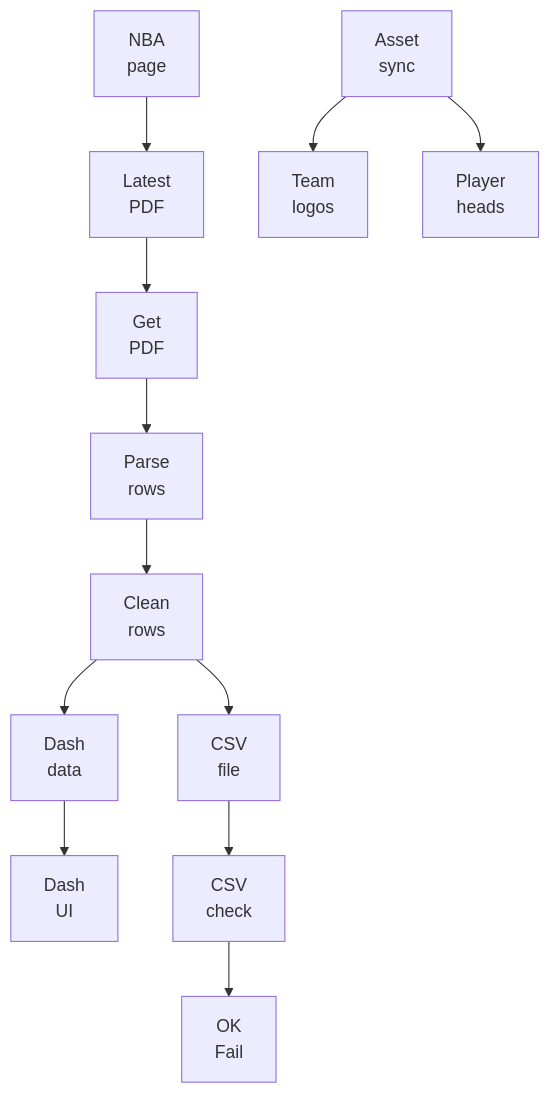
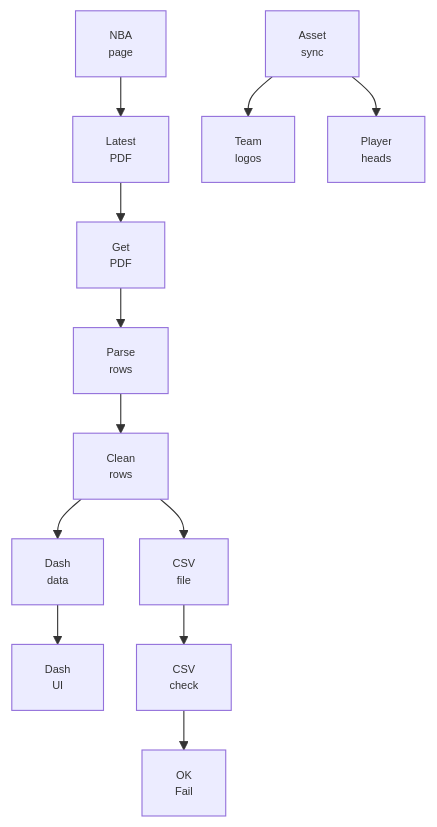
One commit to LucasB19/NBA-Injury-Report changed the diagram in README.md. Above: the diagram before and after it, drawn with Mermaid.

Commit message:
Adjust Mermaid font size and spacing for readability

````diff
--- a/README.md
+++ b/README.md
@@ -20,16 +20,17 @@
 ```mermaid
+%%{init: {'themeVariables': {'fontSize': '10px'}, 'flowchart': {'nodeSpacing': 30, 'rankSpacing': 36}} }%%
 flowchart TD
   A[NBA<br/>page] --> B[Latest<br/>PDF]
   B --> C[Get<br/>PDF]
   C --> D[Parse<br/>rows]
   D --> E[Clean<br/>rows]
   E --> F[CSV<br/>file]
   E --> G[Dash<br/>data]
   G --> H[Dash<br/>UI]
 
   I[Asset<br/>sync] --> J[Team<br/>logos]
   I --> K[Player<br/>heads]
 
   F --> L[CSV<br/>check]
   L --> M[OK<br/>Fail]
 ```
````
